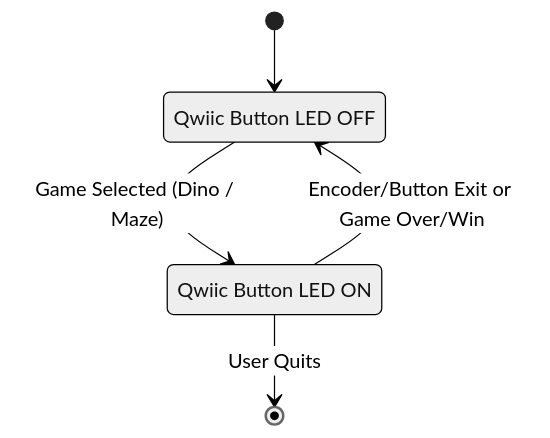
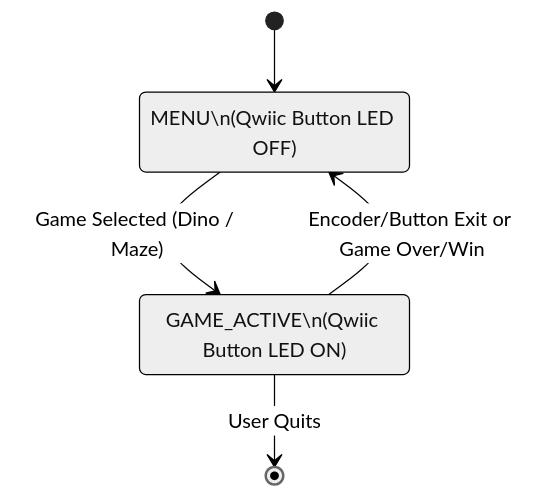
One commit to ji227/Jesse-Iriah-s-Lab-Hub changed the diagram in Lab 4/README.md. Above: the diagram before and after it, drawn with Mermaid (neutral theme).

````diff
--- a/Lab 4/README.md
+++ b/Lab 4/README.md
@@ -180,14 +180,12 @@
 ```mermaid
 stateDiagram-v2
 
 	[*] --> MENU
 	
-	MENU: Qwiic Button LED OFF
-	
-	MENU --> GAME_ACTIVE: Game Selected (Dino / Maze)
-	
-	GAME_ACTIVE: Qwiic Button LED ON
-	
-	GAME_ACTIVE --> MENU: Encoder/Button Exit or Game Over/Win
-	GAME_ACTIVE --> [*]: User Quits
+	state "MENU\n(Qwiic Button LED OFF)" as MENU
+    state "GAME_ACTIVE\n(Qwiic Button LED ON)" as GAME_ACTIVE
+
+    MENU --> GAME_ACTIVE: Game Selected (Dino / Maze)
+    GAME_ACTIVE --> MENU: Encoder/Button Exit or Game Over/Win
+    GAME_ACTIVE --> [*]: User Quits
 ```
````
